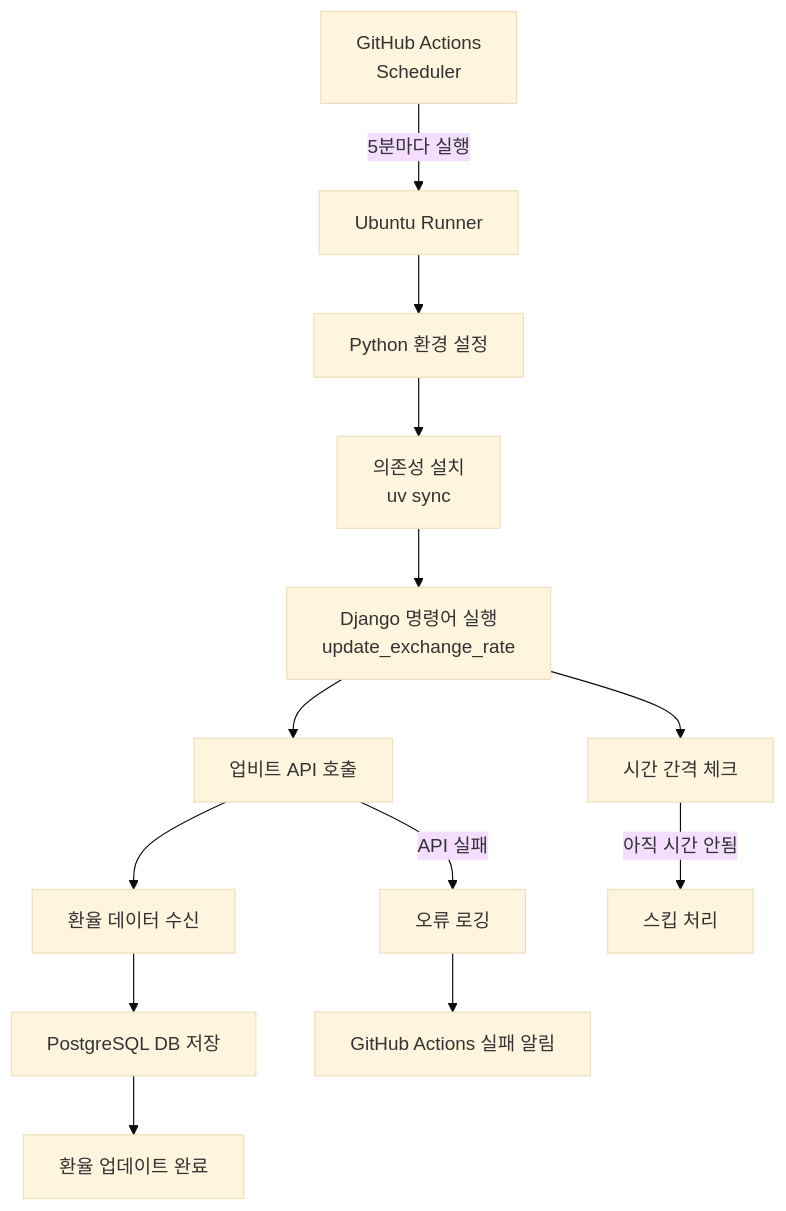
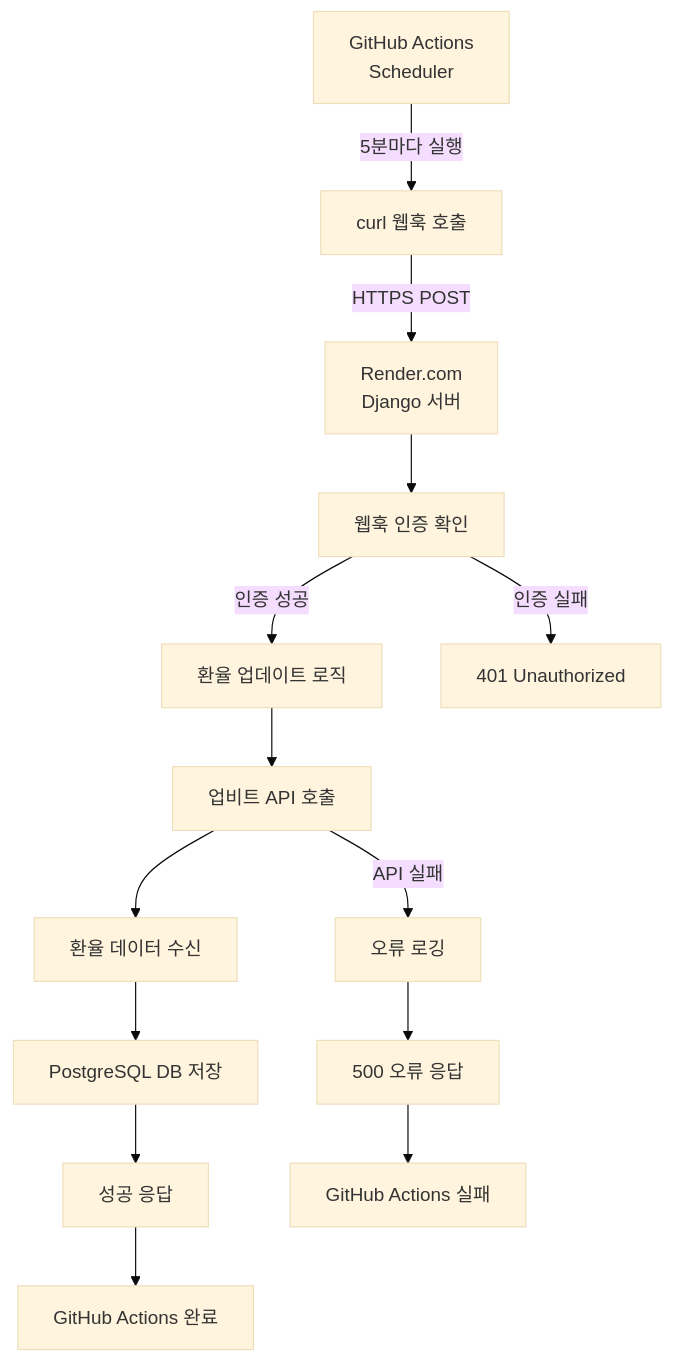
One commit to my3rdstory/satoshop changed the diagram in GITHUB_ACTIONS_EXCHANGE_RATE_AUTOMATION.md. Above: the diagram before and after it, drawn with Mermaid (base theme). The commit also changed other lines of this file and 4 other files, not shown here.

Commit message:
환율 자동 업데이트를 웹훅 방식으로 변경하여 GitHub Actions DB 연결 오류 해결

````diff
--- a/GITHUB_ACTIONS_EXCHANGE_RATE_AUTOMATION.md
+++ b/GITHUB_ACTIONS_EXCHANGE_RATE_AUTOMATION.md
@@ -18,17 +19,17 @@
 ```mermaid
 graph TD
-    A[GitHub Actions<br/>Scheduler] -->|5분마다 실행| B[Ubuntu Runner]
-    B --> C[Python 환경 설정]
-    C --> D[의존성 설치<br/>uv sync]
-    D --> E[Django 명령어 실행<br/>update_exchange_rate]
-    E --> F[업비트 API 호출]
-    F --> G[환율 데이터 수신]
-    G --> H[PostgreSQL DB 저장]
-    H --> I[환율 업데이트 완료]
+    A[GitHub Actions<br/>Scheduler] -->|5분마다 실행| B[curl 웹훅 호출]
+    B -->|HTTPS POST| C[Render.com<br/>Django 서버]
+    C --> D[웹훅 인증 확인]
+    D -->|인증 성공| E[환율 업데이트 로직]
+    D -->|인증 실패| F[401 Unauthorized]
+    E --> G[업비트 API 호출]
+    G --> H[환율 데이터 수신]
+    H --> I[PostgreSQL DB 저장]
+    I --> J[성공 응답]
+    J --> K[GitHub Actions 완료]
     
-    F -->|API 실패| J[오류 로깅]
-    J --> K[GitHub Actions 실패 알림]
-    
-    E --> L[시간 간격 체크]
-    L -->|아직 시간 안됨| M[스킵 처리]
+    G -->|API 실패| L[오류 로깅]
+    L --> M[500 오류 응답]
+    M --> N[GitHub Actions 실패]
 ```
````
